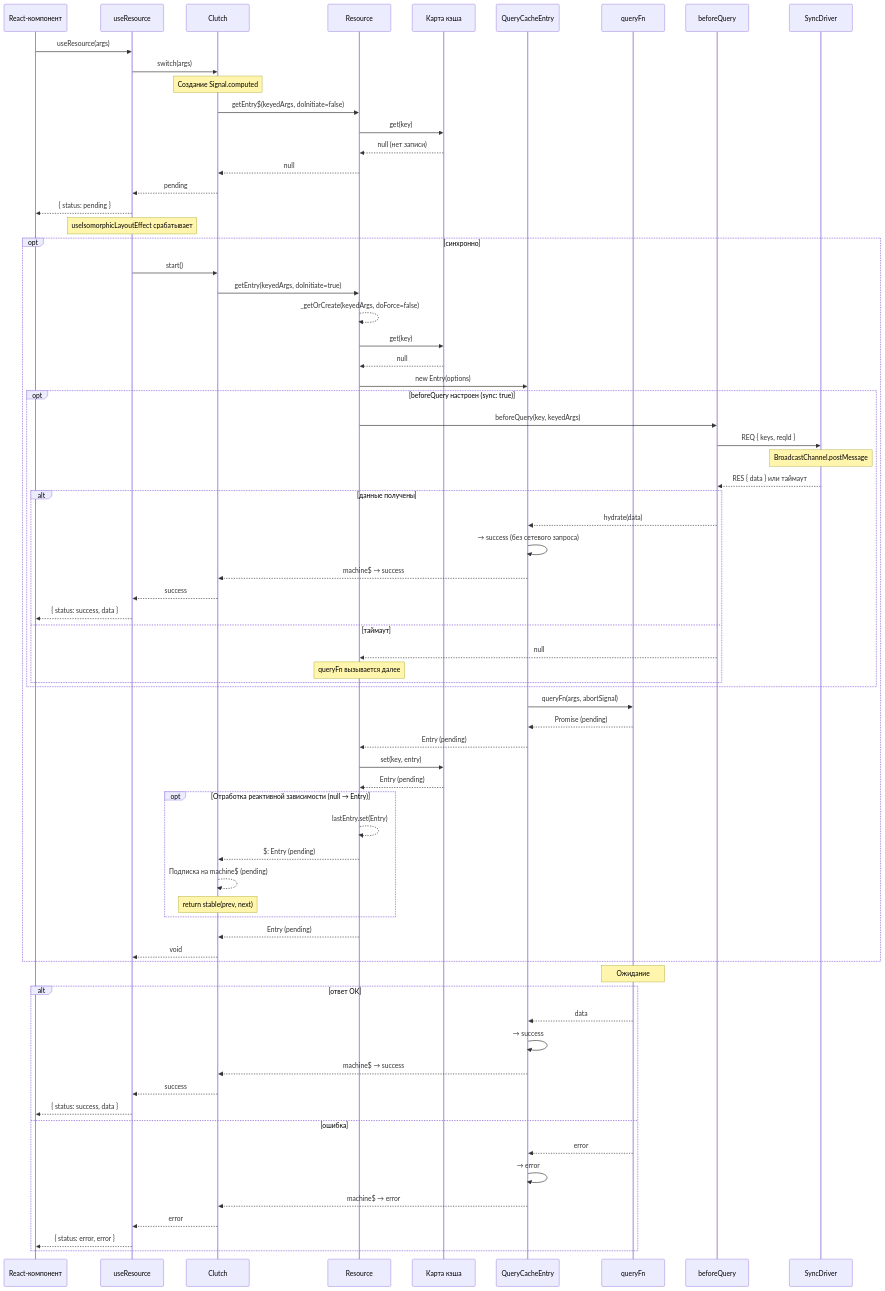
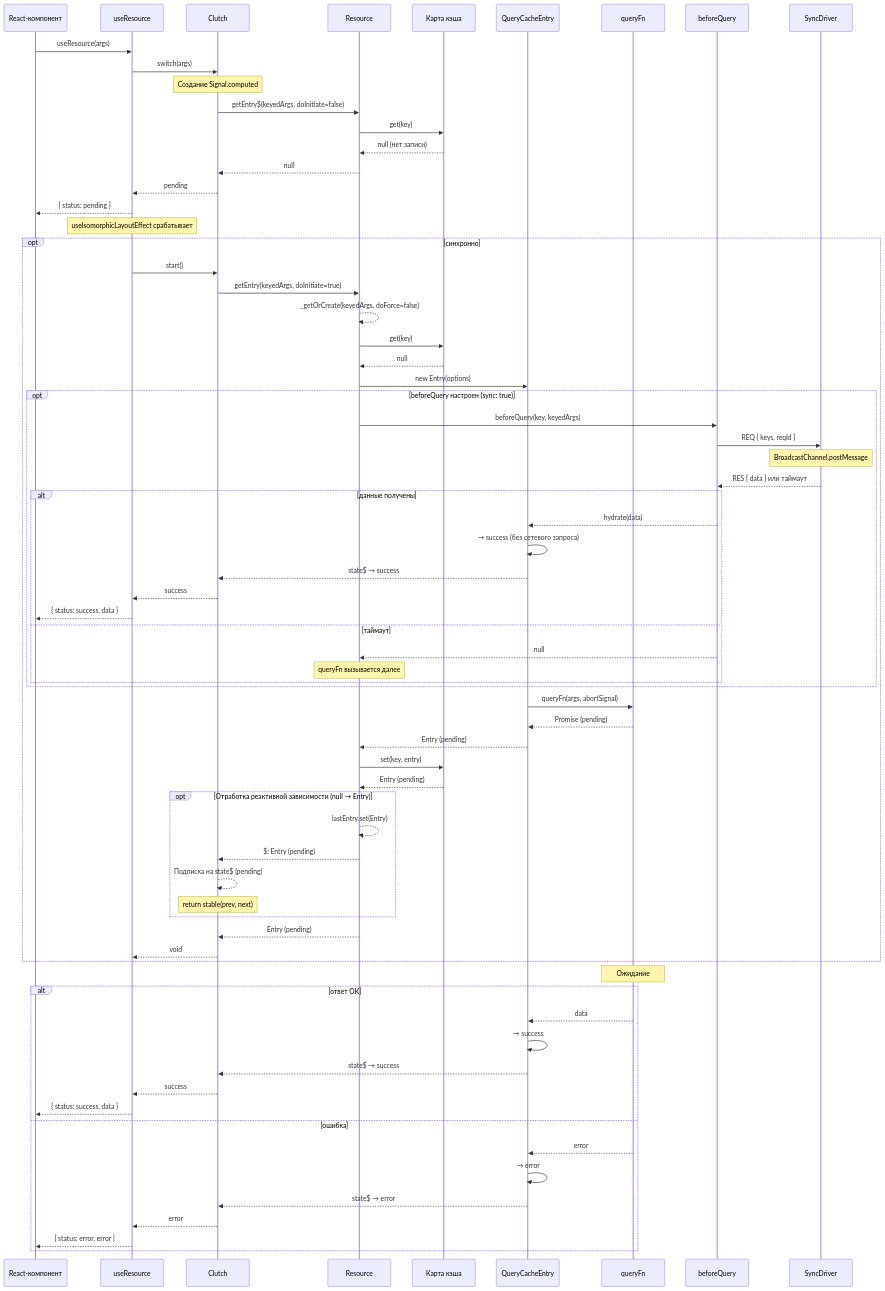
Before and after one commit to fozy-labs/rx-toolkit: the first of 10 diagrams in docs/query/concepts/dataflows.md, drawn with Mermaid. The commit also changed other lines of this file and 71 other files, not shown here.

```diff
--- a/docs/query/concepts/dataflows.md
+++ b/docs/query/concepts/dataflows.md
@@ -56,7 +56,7 @@
             alt данные получены
                 BQ-->>Entry: hydrate(data)
                 Entry->>Entry: → success (без сетевого запроса)
-                Entry-->>Clutch: machine$ → success
+                Entry-->>Clutch: state$ → success
                 Clutch-->>Hook: success
                 Hook-->>UI: { status: success, data }
             else таймаут
@@ -76,7 +76,7 @@
         opt Отработка реактивной зависимости (null → Entry)
             Res -->> Res: lastEntry.set(Entry)
             Res-->>Clutch: $: Entry (pending)
-            Clutch-->>Clutch: Подписка на machine$ (pending)
+            Clutch-->>Clutch: Подписка на state$ (pending)
             Note over Clutch: return stable(prev, next)
         end
 
@@ -89,13 +89,13 @@
     alt ответ OK
         Query-->>Entry: data
         Entry->>Entry: → success
-        Entry-->>Clutch: machine$ → success
+        Entry-->>Clutch: state$ → success
         Clutch-->>Hook: success
         Hook-->>UI: { status: success, data }
     else ошибка
         Query-->>Entry: error
         Entry->>Entry: → error
-        Entry-->>Clutch: machine$ → error
+        Entry-->>Clutch: state$ → error
         Clutch-->>Hook: error
         Hook-->>UI: { status: error, error }
     end
```
